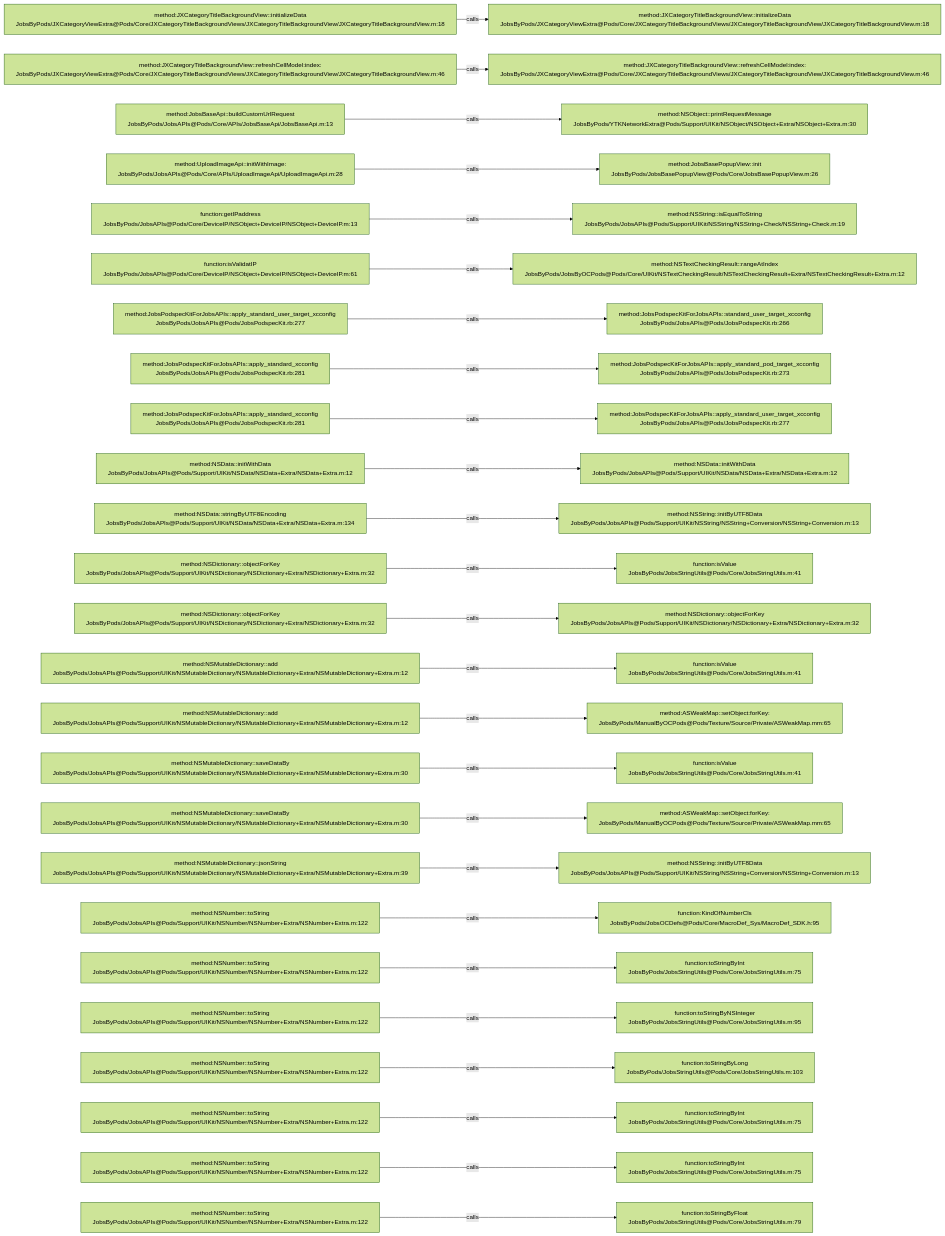
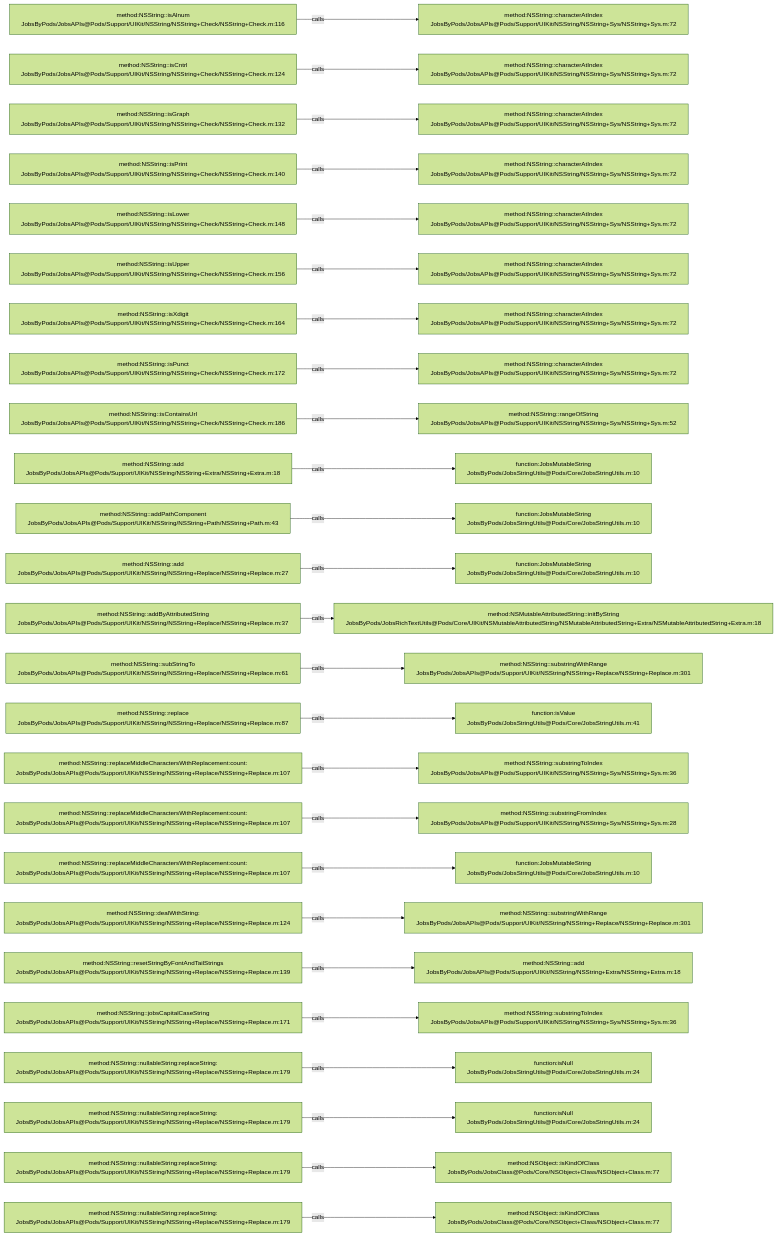
One commit to JobsKits/JobsOCBaseConfigDemo changed the diagram in .codegraph/codegraph.md/graphs/calls-014.md. Above: the diagram before and after it, drawn with Mermaid (forest theme). The commit also changed 1026 other files, not shown here.

````diff
--- a/.codegraph/codegraph.md/graphs/calls-014.md
+++ b/.codegraph/codegraph.md/graphs/calls-014.md
@@ -13,78 +13,78 @@
 ```mermaid
 flowchart LR
-  S1["method:JXCategoryTitleBackgroundView::initializeData<br/>JobsByPods/JXCategoryViewExtra@Pods/Core/JXCategoryTitleBackgroundViews/JXCategoryTitleBackgroundView/JXCategoryTitleBackgroundView.m:18"]
-  T1["method:JXCategoryTitleBackgroundView::initializeData<br/>JobsByPods/JXCategoryViewExtra@Pods/Core/JXCategoryTitleBackgroundViews/JXCategoryTitleBackgroundView/JXCategoryTitleBackgroundView.m:18"]
+  S1["method:NSString::isAlnum<br/>JobsByPods/JobsAPIs@Pods/Support/UIKit/NSString/NSString+Check/NSString+Check.m:116"]
+  T1["method:NSString::characterAtIndex<br/>JobsByPods/JobsAPIs@Pods/Support/UIKit/NSString/NSString+Sys/NSString+Sys.m:72"]
   S1 -->|calls| T1
-  S2["method:JXCategoryTitleBackgroundView::refreshCellModel:index:<br/>JobsByPods/JXCategoryViewExtra@Pods/Core/JXCategoryTitleBackgroundViews/JXCategoryTitleBackgroundView/JXCategoryTitleBackgroundView.m:46"]
-  T2["method:JXCategoryTitleBackgroundView::refreshCellModel:index:<br/>JobsByPods/JXCategoryViewExtra@Pods/Core/JXCategoryTitleBackgroundViews/JXCategoryTitleBackgroundView/JXCategoryTitleBackgroundView.m:46"]
+  S2["method:NSString::isCntrl<br/>JobsByPods/JobsAPIs@Pods/Support/UIKit/NSString/NSString+Check/NSString+Check.m:124"]
+  T2["method:NSString::characterAtIndex<br/>JobsByPods/JobsAPIs@Pods/Support/UIKit/NSString/NSString+Sys/NSString+Sys.m:72"]
   S2 -->|calls| T2
-  S3["method:JobsBaseApi::buildCustomUrlRequest<br/>JobsByPods/JobsAPIs@Pods/Core/APIs/JobsBaseApi/JobsBaseApi.m:13"]
-  T3["method:NSObject::printRequestMessage<br/>JobsByPods/YTKNetworkExtra@Pods/Support/UIKit/NSObject/NSObject+Extra/NSObject+Extra.m:30"]
+  S3["method:NSString::isGraph<br/>JobsByPods/JobsAPIs@Pods/Support/UIKit/NSString/NSString+Check/NSString+Check.m:132"]
+  T3["method:NSString::characterAtIndex<br/>JobsByPods/JobsAPIs@Pods/Support/UIKit/NSString/NSString+Sys/NSString+Sys.m:72"]
   S3 -->|calls| T3
-  S4["method:UploadImageApi::initWithImage:<br/>JobsByPods/JobsAPIs@Pods/Core/APIs/UploadImageApi/UploadImageApi.m:28"]
-  T4["method:JobsBasePopupView::init<br/>JobsByPods/JobsBasePopupView@Pods/Core/JobsBasePopupView.m:26"]
+  S4["method:NSString::isPrint<br/>JobsByPods/JobsAPIs@Pods/Support/UIKit/NSString/NSString+Check/NSString+Check.m:140"]
+  T4["method:NSString::characterAtIndex<br/>JobsByPods/JobsAPIs@Pods/Support/UIKit/NSString/NSString+Sys/NSString+Sys.m:72"]
   S4 -->|calls| T4
-  S5["function:getIPaddress<br/>JobsByPods/JobsAPIs@Pods/Core/DeviceIP/NSObject+DeviceIP/NSObject+DeviceIP.m:13"]
-  T5["method:NSString::isEqualToString<br/>JobsByPods/JobsAPIs@Pods/Support/UIKit/NSString/NSString+Check/NSString+Check.m:19"]
+  S5["method:NSString::isLower<br/>JobsByPods/JobsAPIs@Pods/Support/UIKit/NSString/NSString+Check/NSString+Check.m:148"]
+  T5["method:NSString::characterAtIndex<br/>JobsByPods/JobsAPIs@Pods/Support/UIKit/NSString/NSString+Sys/NSString+Sys.m:72"]
   S5 -->|calls| T5
-  S6["function:isValidatIP<br/>JobsByPods/JobsAPIs@Pods/Core/DeviceIP/NSObject+DeviceIP/NSObject+DeviceIP.m:61"]
-  T6["method:NSTextCheckingResult::rangeAtIndex<br/>JobsByPods/JobsByOCPods@Pods/Core/UIKit/NSTextCheckingResult/NSTextCheckingResult+Extra/NSTextCheckingResult+Extra.m:12"]
+  S6["method:NSString::isUpper<br/>JobsByPods/JobsAPIs@Pods/Support/UIKit/NSString/NSString+Check/NSString+Check.m:156"]
+  T6["method:NSString::characterAtIndex<br/>JobsByPods/JobsAPIs@Pods/Support/UIKit/NSString/NSString+Sys/NSString+Sys.m:72"]
   S6 -->|calls| T6
-  S7["method:JobsPodspecKitForJobsAPIs::apply_standard_user_target_xcconfig<br/>JobsByPods/JobsAPIs@Pods/JobsPodspecKit.rb:277"]
-  T7["method:JobsPodspecKitForJobsAPIs::standard_user_target_xcconfig<br/>JobsByPods/JobsAPIs@Pods/JobsPodspecKit.rb:266"]
+  S7["method:NSString::isXdigit<br/>JobsByPods/JobsAPIs@Pods/Support/UIKit/NSString/NSString+Check/NSString+Check.m:164"]
+  T7["method:NSString::characterAtIndex<br/>JobsByPods/JobsAPIs@Pods/Support/UIKit/NSString/NSString+Sys/NSString+Sys.m:72"]
   S7 -->|calls| T7
-  S8["method:JobsPodspecKitForJobsAPIs::apply_standard_xcconfig<br/>JobsByPods/JobsAPIs@Pods/JobsPodspecKit.rb:281"]
-  T8["method:JobsPodspecKitForJobsAPIs::apply_standard_pod_target_xcconfig<br/>JobsByPods/JobsAPIs@Pods/JobsPodspecKit.rb:273"]
+  S8["method:NSString::isPunct<br/>JobsByPods/JobsAPIs@Pods/Support/UIKit/NSString/NSString+Check/NSString+Check.m:172"]
+  T8["method:NSString::characterAtIndex<br/>JobsByPods/JobsAPIs@Pods/Support/UIKit/NSString/NSString+Sys/NSString+Sys.m:72"]
   S8 -->|calls| T8
-  S9["method:JobsPodspecKitForJobsAPIs::apply_standard_xcconfig<br/>JobsByPods/JobsAPIs@Pods/JobsPodspecKit.rb:281"]
-  T9["method:JobsPodspecKitForJobsAPIs::apply_standard_user_target_xcconfig<br/>JobsByPods/JobsAPIs@Pods/JobsPodspecKit.rb:277"]
+  S9["method:NSString::isContainsUrl<br/>JobsByPods/JobsAPIs@Pods/Support/UIKit/NSString/NSString+Check/NSString+Check.m:186"]
+  T9["method:NSString::rangeOfString<br/>JobsByPods/JobsAPIs@Pods/Support/UIKit/NSString/NSString+Sys/NSString+Sys.m:52"]
   S9 -->|calls| T9
-  S10["method:NSData::initWithData<br/>JobsByPods/JobsAPIs@Pods/Support/UIKit/NSData/NSData+Extra/NSData+Extra.m:12"]
-  T10["method:NSData::initWithData<br/>JobsByPods/JobsAPIs@Pods/Support/UIKit/NSData/NSData+Extra/NSData+Extra.m:12"]
+  S10["method:NSString::add<br/>JobsByPods/JobsAPIs@Pods/Support/UIKit/NSString/NSString+Extra/NSString+Extra.m:18"]
+  T10["function:JobsMutableString<br/>JobsByPods/JobsStringUtils@Pods/Core/JobsStringUtils.m:10"]
   S10 -->|calls| T10
-  S11["method:NSData::stringByUTF8Encoding<br/>JobsByPods/JobsAPIs@Pods/Support/UIKit/NSData/NSData+Extra/NSData+Extra.m:134"]
-  T11["method:NSString::initByUTF8Data<br/>JobsByPods/JobsAPIs@Pods/Support/UIKit/NSString/NSString+Conversion/NSString+Conversion.m:13"]
+  S11["method:NSString::addPathComponent<br/>JobsByPods/JobsAPIs@Pods/Support/UIKit/NSString/NSString+Path/NSString+Path.m:43"]
+  T11["function:JobsMutableString<br/>JobsByPods/JobsStringUtils@Pods/Core/JobsStringUtils.m:10"]
   S11 -->|calls| T11
-  S12["method:NSDictionary::objectForKey<br/>JobsByPods/JobsAPIs@Pods/Support/UIKit/NSDictionary/NSDictionary+Extra/NSDictionary+Extra.m:32"]
-  T12["function:isValue<br/>JobsByPods/JobsStringUtils@Pods/Core/JobsStringUtils.m:41"]
+  S12["method:NSString::add<br/>JobsByPods/JobsAPIs@Pods/Support/UIKit/NSString/NSString+Replace/NSString+Replace.m:27"]
+  T12["function:JobsMutableString<br/>JobsByPods/JobsStringUtils@Pods/Core/JobsStringUtils.m:10"]
   S12 -->|calls| T12
-  S13["method:NSDictionary::objectForKey<br/>JobsByPods/JobsAPIs@Pods/Support/UIKit/NSDictionary/NSDictionary+Extra/NSDictionary+Extra.m:32"]
-  T13["method:NSDictionary::objectForKey<br/>JobsByPods/JobsAPIs@Pods/Support/UIKit/NSDictionary/NSDictionary+Extra/NSDictionary+Extra.m:32"]
+  S13["method:NSString::addByAttributedString<br/>JobsByPods/JobsAPIs@Pods/Support/UIKit/NSString/NSString+Replace/NSString+Replace.m:37"]
+  T13["method:NSMutableAttributedString::initByString<br/>JobsByPods/JobsRichTextUtils@Pods/Core/UIKit/NSMutableAttributedString/NSMutableAttributedString+Extra/NSMutableAttributedString+Extra.m:18"]
   S13 -->|calls| T13
-  S14["method:NSMutableDictionary::add<br/>JobsByPods/JobsAPIs@Pods/Support/UIKit/NSMutableDictionary/NSMutableDictionary+Extra/NSMutableDictionary+Extra.m:12"]
-  T14["function:isValue<br/>JobsByPods/JobsStringUtils@Pods/Core/JobsStringUtils.m:41"]
+  S14["method:NSString::subStringTo<br/>JobsByPods/JobsAPIs@Pods/Support/UIKit/NSString/NSString+Replace/NSString+Replace.m:61"]
+  T14["method:NSString::substringWithRange<br/>JobsByPods/JobsAPIs@Pods/Support/UIKit/NSString/NSString+Replace/NSString+Replace.m:301"]
   S14 -->|calls| T14
-  S15["method:NSMutableDictionary::add<br/>JobsByPods/JobsAPIs@Pods/Support/UIKit/NSMutableDictionary/NSMutableDictionary+Extra/NSMutableDictionary+Extra.m:12"]
-  T15["method:ASWeakMap::setObject:forKey:<br/>JobsByPods/ManualByOCPods@Pods/Texture/Source/Private/ASWeakMap.mm:65"]
+  S15["method:NSString::replace<br/>JobsByPods/JobsAPIs@Pods/Support/UIKit/NSString/NSString+Replace/NSString+Replace.m:87"]
+  T15["function:isValue<br/>JobsByPods/JobsStringUtils@Pods/Core/JobsStringUtils.m:41"]
   S15 -->|calls| T15
-  S16["method:NSMutableDictionary::saveDataBy<br/>JobsByPods/JobsAPIs@Pods/Support/UIKit/NSMutableDictionary/NSMutableDictionary+Extra/NSMutableDictionary+Extra.m:30"]
-  T16["function:isValue<br/>JobsByPods/JobsStringUtils@Pods/Core/JobsStringUtils.m:41"]
+  S16["method:NSString::replaceMiddleCharactersWithReplacement:count:<br/>JobsByPods/JobsAPIs@Pods/Support/UIKit/NSString/NSString+Replace/NSString+Replace.m:107"]
+  T16["method:NSString::substringToIndex<br/>JobsByPods/JobsAPIs@Pods/Support/UIKit/NSString/NSString+Sys/NSString+Sys.m:36"]
   S16 -->|calls| T16
-  S17["method:NSMutableDictionary::saveDataBy<br/>JobsByPods/JobsAPIs@Pods/Support/UIKit/NSMutableDictionary/NSMutableDictionary+Extra/NSMutableDictionary+Extra.m:30"]
-  T17["method:ASWeakMap::setObject:forKey:<br/>JobsByPods/ManualByOCPods@Pods/Texture/Source/Private/ASWeakMap.mm:65"]
+  S17["method:NSString::replaceMiddleCharactersWithReplacement:count:<br/>JobsByPods/JobsAPIs@Pods/Support/UIKit/NSString/NSString+Replace/NSString+Replace.m:107"]
+  T17["method:NSString::substringFromIndex<br/>JobsByPods/JobsAPIs@Pods/Support/UIKit/NSString/NSString+Sys/NSString+Sys.m:28"]
   S17 -->|calls| T17
-  S18["method:NSMutableDictionary::jsonString<br/>JobsByPods/JobsAPIs@Pods/Support/UIKit/NSMutableDictionary/NSMutableDictionary+Extra/NSMutableDictionary+Extra.m:39"]
-  T18["method:NSString::initByUTF8Data<br/>JobsByPods/JobsAPIs@Pods/Support/UIKit/NSString/NSString+Conversion/NSString+Conversion.m:13"]
+  S18["method:NSString::replaceMiddleCharactersWithReplacement:count:<br/>JobsByPods/JobsAPIs@Pods/Support/UIKit/NSString/NSString+Replace/NSString+Replace.m:107"]
+  T18["function:JobsMutableString<br/>JobsByPods/JobsStringUtils@Pods/Core/JobsStringUtils.m:10"]
   S18 -->|calls| T18
-  S19["method:NSNumber::toString<br/>JobsByPods/JobsAPIs@Pods/Support/UIKit/NSNumber/NSNumber+Extra/NSNumber+Extra.m:122"]
-  T19["function:KindOfNumberCls<br/>JobsByPods/JobsOCDefs@Pods/Core/MacroDef_Sys/MacroDef_SDK.h:95"]
+  S19["method:NSString::dealWithString:<br/>JobsByPods/JobsAPIs@Pods/Support/UIKit/NSString/NSString+Replace/NSString+Replace.m:124"]
+  T19["method:NSString::substringWithRange<br/>JobsByPods/JobsAPIs@Pods/Support/UIKit/NSString/NSString+Replace/NSString+Replace.m:301"]
   S19 -->|calls| T19
-  S20["method:NSNumber::toString<br/>JobsByPods/JobsAPIs@Pods/Support/UIKit/NSNumber/NSNumber+Extra/NSNumber+Extra.m:122"]
-  T20["function:toStringByInt<br/>JobsByPods/JobsStringUtils@Pods/Core/JobsStringUtils.m:75"]
+  S20["method:NSString::resetStringByFontAndTailStrings<br/>JobsByPods/JobsAPIs@Pods/Support/UIKit/NSString/NSString+Replace/NSString+Replace.m:139"]
+  T20["method:NSString::add<br/>JobsByPods/JobsAPIs@Pods/Support/UIKit/NSString/NSString+Extra/NSString+Extra.m:18"]
   S20 -->|calls| T20
-  S21["method:NSNumber::toString<br/>JobsByPods/JobsAPIs@Pods/Support/UIKit/NSNumber/NSNumber+Extra/NSNumber+Extra.m:122"]
-  T21["function:toStringByNSInteger<br/>JobsByPods/JobsStringUtils@Pods/Core/JobsStringUtils.m:95"]
+  S21["method:NSString::jobsCapitalCaseString<br/>JobsByPods/JobsAPIs@Pods/Support/UIKit/NSString/NSString+Replace/NSString+Replace.m:171"]
+  T21["method:NSString::substringToIndex<br/>JobsByPods/JobsAPIs@Pods/Support/UIKit/NSString/NSString+Sys/NSString+Sys.m:36"]
   S21 -->|calls| T21
-  S22["method:NSNumber::toString<br/>JobsByPods/JobsAPIs@Pods/Support/UIKit/NSNumber/NSNumber+Extra/NSNumber+Extra.m:122"]
-  T22["function:toStringByLong<br/>JobsByPods/JobsStringUtils@Pods/Core/JobsStringUtils.m:103"]
+  S22["method:NSString::nullableString:replaceString:<br/>JobsByPods/JobsAPIs@Pods/Support/UIKit/NSString/NSString+Replace/NSString+Replace.m:179"]
+  T22["function:isNull<br/>JobsByPods/JobsStringUtils@Pods/Core/JobsStringUtils.m:24"]
   S22 -->|calls| T22
-  S23["method:NSNumber::toString<br/>JobsByPods/JobsAPIs@Pods/Support/UIKit/NSNumber/NSNumber+Extra/NSNumber+Extra.m:122"]
-  T23["function:toStringByInt<br/>JobsByPods/JobsStringUtils@Pods/Core/JobsStringUtils.m:75"]
+  S23["method:NSString::nullableString:replaceString:<br/>JobsByPods/JobsAPIs@Pods/Support/UIKit/NSString/NSString+Replace/NSString+Replace.m:179"]
+  T23["function:isNull<br/>JobsByPods/JobsStringUtils@Pods/Core/JobsStringUtils.m:24"]
   S23 -->|calls| T23
-  S24["method:NSNumber::toString<br/>JobsByPods/JobsAPIs@Pods/Support/UIKit/NSNumber/NSNumber+Extra/NSNumber+Extra.m:122"]
-  T24["function:toStringByInt<br/>JobsByPods/JobsStringUtils@Pods/Core/JobsStringUtils.m:75"]
+  S24["method:NSString::nullableString:replaceString:<br/>JobsByPods/JobsAPIs@Pods/Support/UIKit/NSString/NSString+Replace/NSString+Replace.m:179"]
+  T24["method:NSObject::isKindOfClass<br/>JobsByPods/JobsClass@Pods/Core/NSObject+Class/NSObject+Class.m:77"]
   S24 -->|calls| T24
-  S25["method:NSNumber::toString<br/>JobsByPods/JobsAPIs@Pods/Support/UIKit/NSNumber/NSNumber+Extra/NSNumber+Extra.m:122"]
-  T25["function:toStringByFloat<br/>JobsByPods/JobsStringUtils@Pods/Core/JobsStringUtils.m:79"]
+  S25["method:NSString::nullableString:replaceString:<br/>JobsByPods/JobsAPIs@Pods/Support/UIKit/NSString/NSString+Replace/NSString+Replace.m:179"]
+  T25["method:NSObject::isKindOfClass<br/>JobsByPods/JobsClass@Pods/Core/NSObject+Class/NSObject+Class.m:77"]
   S25 -->|calls| T25
 ```
````
